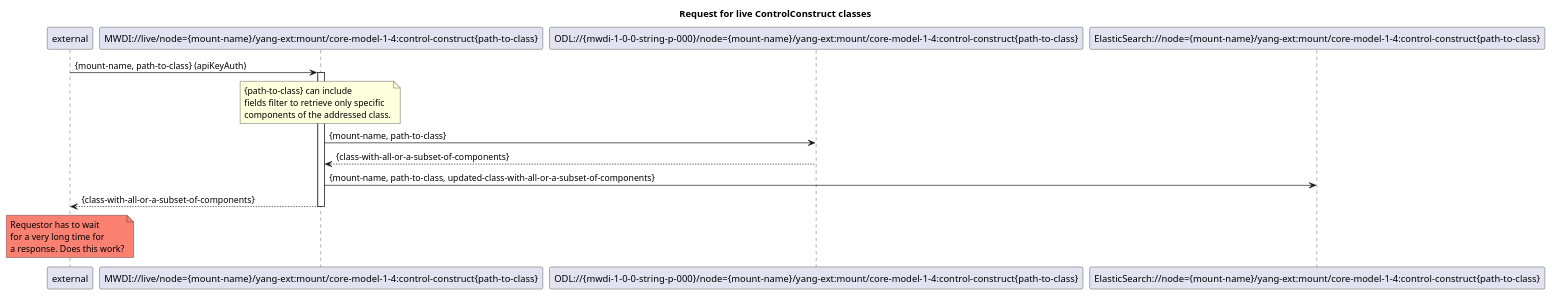
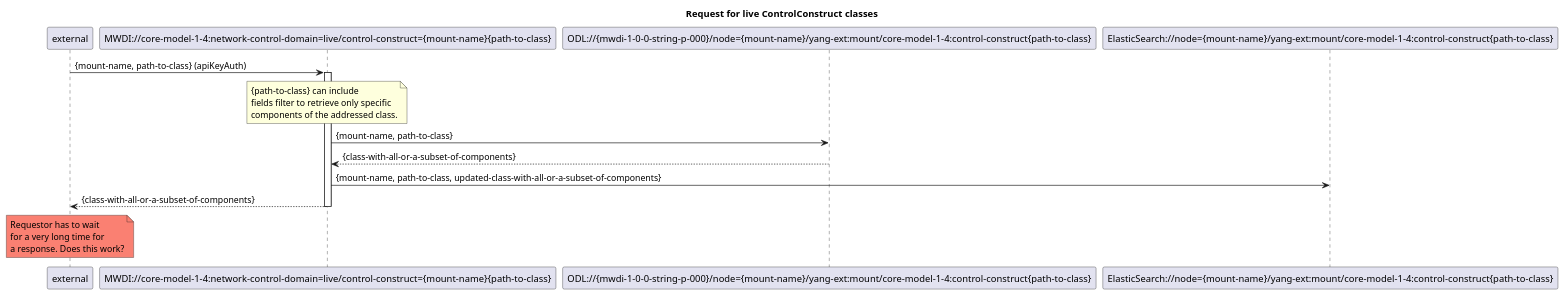
One commit to openBackhaul/MicroWaveDeviceInventory changed the diagram in spec/diagrams/500_LiveRessourcePath.plantuml. Above: the diagram before and after it, drawn with PlantUML. The commit also changed 7 other files, not shown here.

```diff
--- a/spec/diagrams/500_LiveRessourcePath.plantuml
+++ b/spec/diagrams/500_LiveRessourcePath.plantuml
@@ -1,27 +1,27 @@
 @startuml 500_LiveRessourcePath
 skinparam responseMessageBelowArrow true
 
 title Request for live ControlConstruct classes
 
 participant "external" as requestor
-participant "MWDI://live/node={mount-name}/yang-ext:mount/core-model-1-4:control-construct{path-to-class}" as LiveControlConstructClass
+participant "MWDI://core-model-1-4:network-control-domain=live/control-construct={mount-name}{path-to-class}" as LiveControlConstructClass
 participant "ODL://{mwdi-1-0-0-string-p-000}/node={mount-name}/yang-ext:mount/core-model-1-4:control-construct{path-to-class}" as OdlControlConstructClass
 participant "ElasticSearch://node={mount-name}/yang-ext:mount/core-model-1-4:control-construct{path-to-class}" as EsControlConstructClass
 
 requestor -> LiveControlConstructClass: {mount-name, path-to-class} (apiKeyAuth)
 activate LiveControlConstructClass
 
 note over LiveControlConstructClass: {path-to-class} can include \nfields filter to retrieve only specific \ncomponents of the addressed class.
 LiveControlConstructClass -> OdlControlConstructClass: {mount-name, path-to-class}
 OdlControlConstructClass --> LiveControlConstructClass: {class-with-all-or-a-subset-of-components}
 
 LiveControlConstructClass -> EsControlConstructClass: {mount-name, path-to-class, updated-class-with-all-or-a-subset-of-components}
 
 LiveControlConstructClass --> requestor: {class-with-all-or-a-subset-of-components}
 deactivate LiveControlConstructClass
 
 skinparam NoteBackgroundColor salmon
 note over requestor: Requestor has to wait \nfor a very long time for \na response. Does this work?
 skinparam NoteBackgroundColor default
 
 @enduml
```
